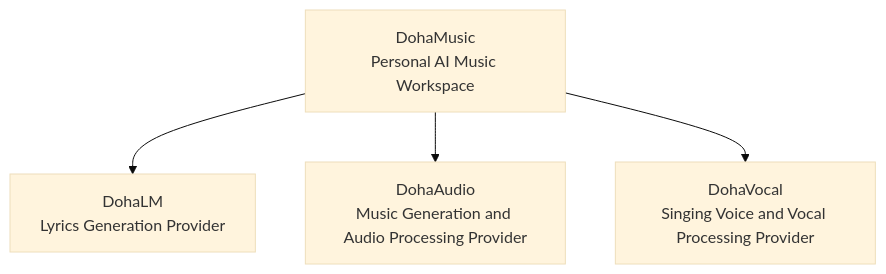
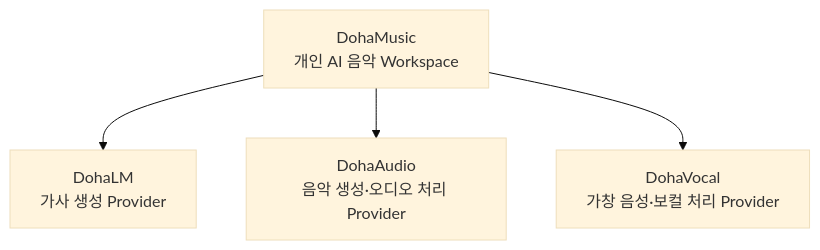
One commit to DohaStudio/.github changed the first of 2 diagrams in profile/README.md. Above: the diagram before and after it, drawn with Mermaid (base theme). The commit also changed other lines of this file and 2 other files, not shown here.

````diff
--- a/profile/README.md
+++ b/profile/README.md
@@ -10,11 +10,11 @@
 ```mermaid
 flowchart TB
-    DM[DohaMusic<br/>Personal AI Music Workspace]
-    LM[DohaLM<br/>Lyrics Generation Provider]
-    DA[DohaAudio<br/>Music Generation and Audio Processing Provider]
-    DV[DohaVocal<br/>Singing Voice and Vocal Processing Provider]
+    DM[DohaMusic<br/>개인 AI 음악 Workspace]
+    LM[DohaLM<br/>가사 생성 Provider]
+    DA[DohaAudio<br/>음악 생성·오디오 처리 Provider]
+    DV[DohaVocal<br/>가창 음성·보컬 처리 Provider]
 
     DM --> LM
     DM --> DA
     DM --> DV
 ```
````
